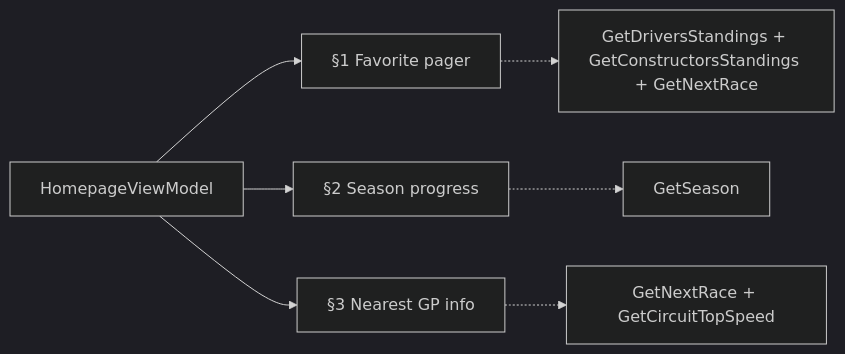
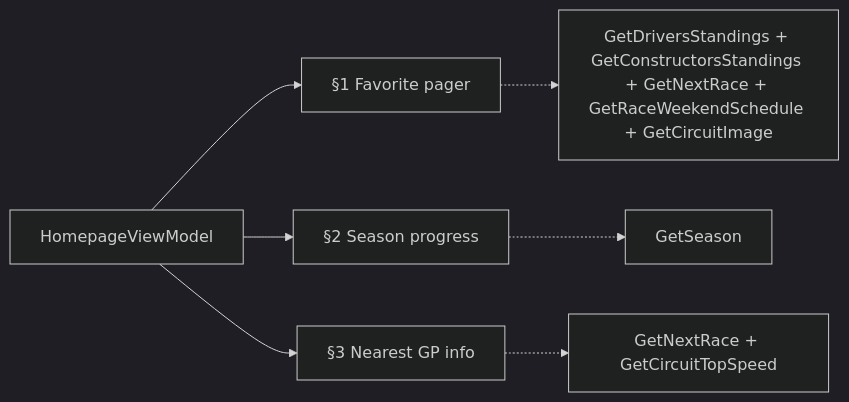
The diagram in lode/wayfinder/f1app/homepage.md (anpurnama11/my-f1-companion-app), drawn with Mermaid (dark theme) before and after one commit. The commit also changed other lines of this file and 24 other files, not shown here.

````diff
--- a/lode/wayfinder/f1app/homepage.md
+++ b/lode/wayfinder/f1app/homepage.md
@@ -8,9 +8,9 @@
 ```mermaid
 flowchart LR
   A[HomepageViewModel] --> S1["§1 Favorite pager"]
   A --> S2["§2 Season progress"]
   A --> S3["§3 Nearest GP info"]
-  S1 -.-> UC1[GetDriversStandings + GetConstructorsStandings + GetNextRace]
+  S1 -.-> UC1[GetDriversStandings + GetConstructorsStandings + GetNextRace + GetRaceWeekendSchedule + GetCircuitImage]
   S2 -.-> UC2[GetSeason]
   S3 -.-> UC3[GetNextRace + GetCircuitTopSpeed]
 ```
````
